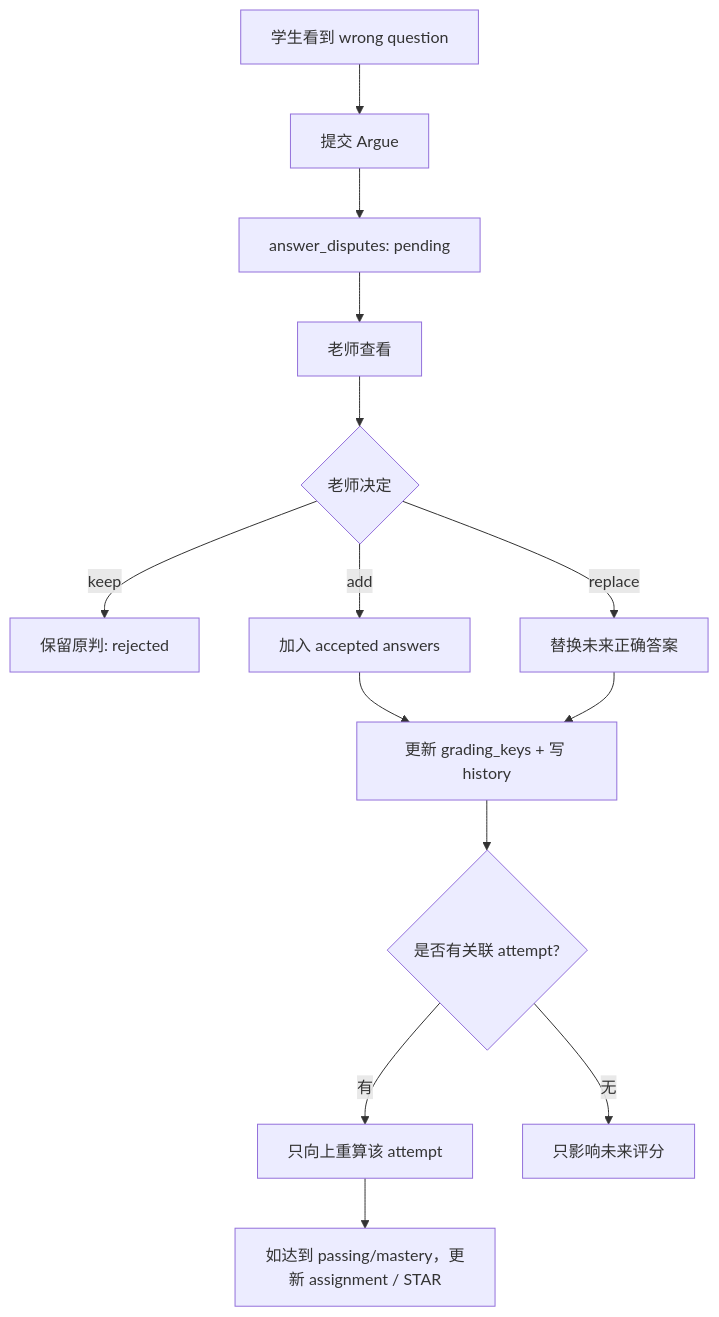
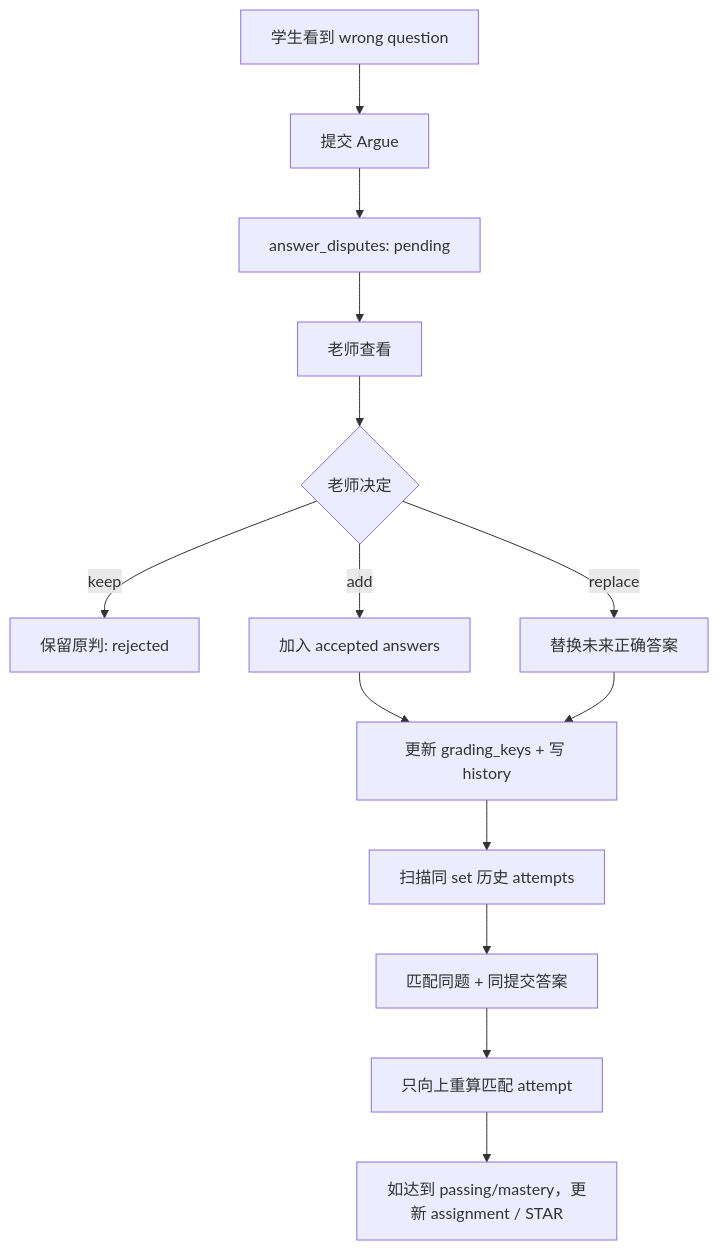
Before and after one commit to jxbleo/jxbleo.github.io: the fifth of 5 diagrams in docs/01_PRODUCT_REQUIREMENTS.md, drawn with Mermaid. The commit also changed other lines of this file and 8 other files, not shown here.

````diff
--- a/docs/01_PRODUCT_REQUIREMENTS.md
+++ b/docs/01_PRODUCT_REQUIREMENTS.md
@@ -681,16 +683,16 @@
 ```mermaid
 flowchart TD
   A["学生看到 wrong question"] --> B["提交 Argue"]
   B --> C["answer_disputes: pending"]
   C --> D["老师查看"]
   D --> E{"老师决定"}
   E -->|keep| F["保留原判: rejected"]
   E -->|add| G["加入 accepted answers"]
   E -->|replace| H["替换未来正确答案"]
   G --> I["更新 grading_keys + 写 history"]
   H --> I
-  I --> J{"是否有关联 attempt?"}
-  J -->|有| K["只向上重算该 attempt"]
-  J -->|无| L["只影响未来评分"]
-  K --> M["如达到 passing/mastery，更新 assignment / STAR"]
+  I --> J["扫描同 set 历史 attempts"]
+  J --> K["匹配同题 + 同提交答案"]
+  K --> L["只向上重算匹配 attempt"]
+  L --> M["如达到 passing/mastery，更新 assignment / STAR"]
 ```
````
